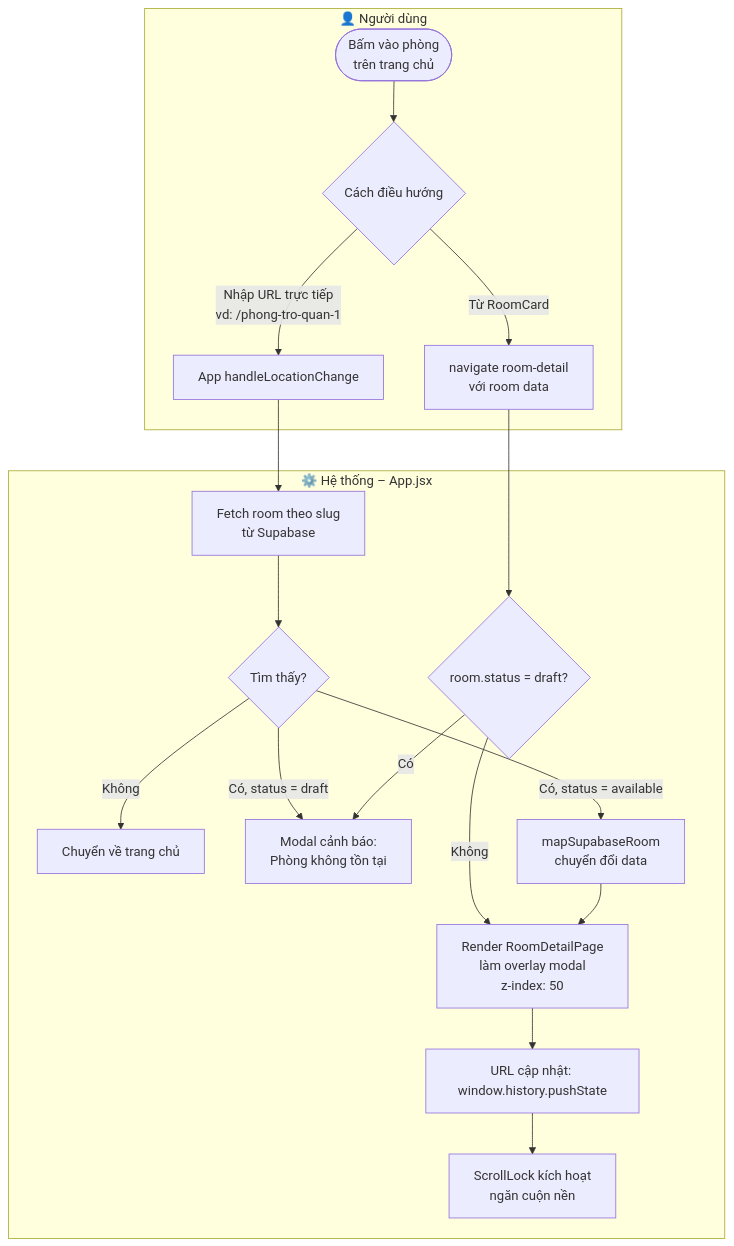
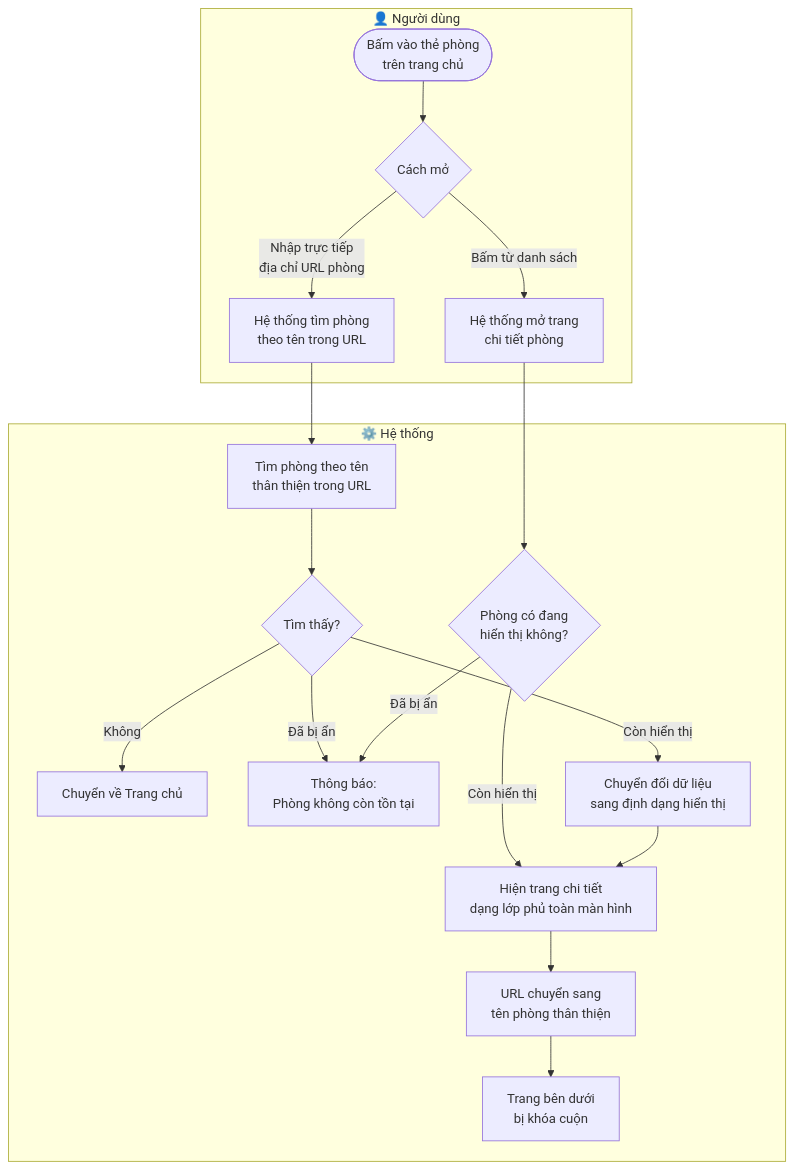
Before and after one commit to natelyt12/trotot: the first of 7 diagrams in prj_workflows/03_room_detail_workflow.md, drawn with Mermaid. The commit also changed other lines of this file and 5 other files, not shown here.

Commit message:
fix: sửa lại định dạng cho phù hợp với người low-code

````diff
--- a/prj_workflows/03_room_detail_workflow.md
+++ b/prj_workflows/03_room_detail_workflow.md
@@ -9,22 +9,22 @@
 ```mermaid
 flowchart TD
     subgraph USER["👤 Người dùng"]
-        A([Bấm vào phòng\ntrên trang chủ]) --> B{Cách điều hướng}
-        B -- Từ RoomCard --> C[navigate room-detail\nvới room data]
-        B -- Nhập URL trực tiếp\nvd: /phong-tro-quan-1 --> D[App handleLocationChange]
+        A([Bấm vào thẻ phòng\ntrên trang chủ]) --> B{Cách mở}
+        B -- Bấm từ danh sách --> C[Hệ thống mở trang\nchi tiết phòng]
+        B -- Nhập trực tiếp\nđịa chỉ URL phòng --> D[Hệ thống tìm phòng\ntheo tên trong URL]
     end
 
-    subgraph SYSTEM["⚙️ Hệ thống – App.jsx"]
-        C --> E{room.status = draft?}
-        D --> F[Fetch room theo slug\ntừ Supabase]
+    subgraph SYSTEM["⚙️ Hệ thống"]
+        C --> E{Phòng có đang\nhiển thị không?}
+        D --> F[Tìm phòng theo tên\nthân thiện trong URL]
         F --> G{Tìm thấy?}
-        G -- Không --> H[Chuyển về trang chủ]
-        G -- Có, status = draft --> I[Modal cảnh báo:\nPhòng không tồn tại]
-        G -- Có, status = available --> J[mapSupabaseRoom\nchuyển đổi data]
-        E -- Có --> I
-        E -- Không --> K[Render RoomDetailPage\nlàm overlay modal\nz-index: 50]
+        G -- Không --> H[Chuyển về Trang chủ]
+        G -- Đã bị ẩn --> I[Thông báo:\nPhòng không còn tồn tại]
+        G -- Còn hiển thị --> J[Chuyển đổi dữ liệu\nsang định dạng hiển thị]
+        E -- Đã bị ẩn --> I
+        E -- Còn hiển thị --> K[Hiện trang chi tiết\ndạng lớp phủ toàn màn hình]
         J --> K
-        K --> L[URL cập nhật: window.history.pushState]
-        L --> M[ScrollLock kích hoạt\nngăn cuộn nền]
+        K --> L[URL chuyển sang\ntên phòng thân thiện]
+        L --> M[Trang bên dưới\nbị khóa cuộn]
     end
 ```
````
